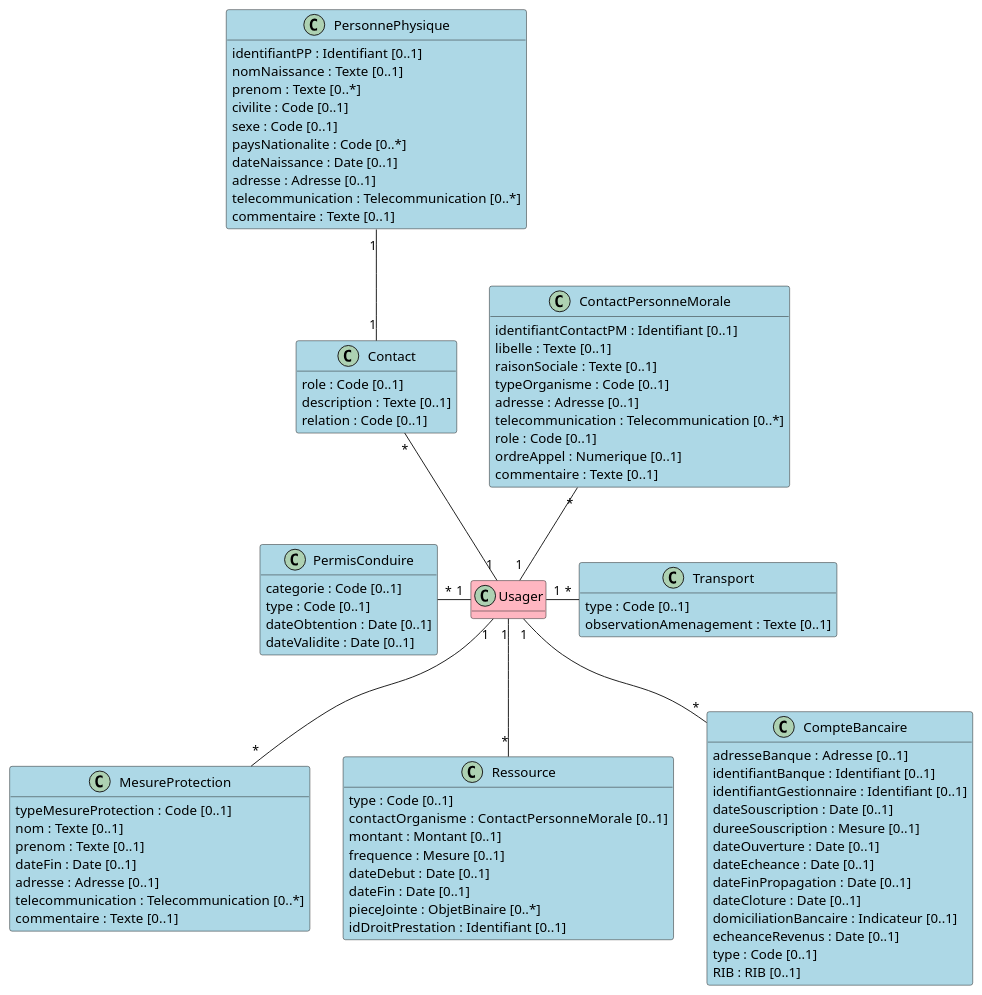
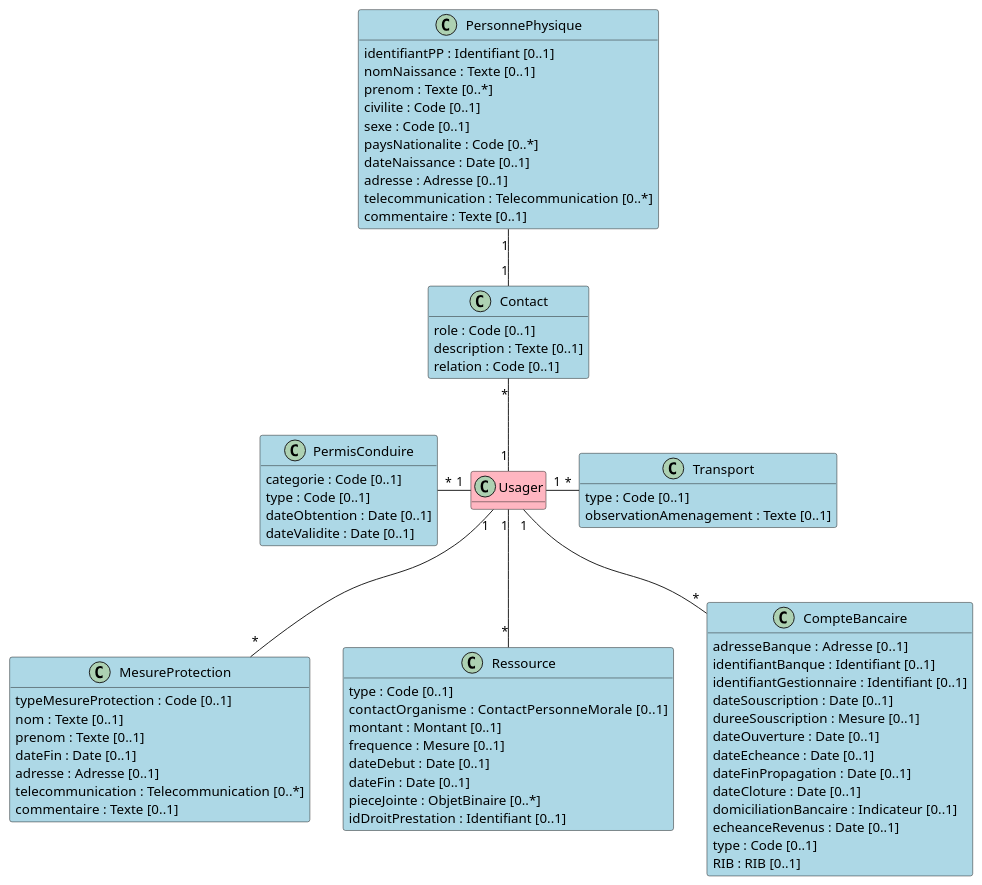
The diagram in input/images-source/bloc_environnement_ressources.plantuml (ansforge/IG-fhir-medicosocial-transfert-donnees-dui), drawn with PlantUML before and after one commit. The commit also changed 1 other file, not shown here.

Commit message:
sfe contact PM

```diff
--- a/input/images-source/bloc_environnement_ressources.plantuml
+++ b/input/images-source/bloc_environnement_ressources.plantuml
@@ -1,98 +1,85 @@
 @startuml
 
 hide empty methods
 
 class Usager #LightPink
 
 class Contact #LightBlue {
     role : Code [0..1]
     description : Texte [0..1]
     relation : Code [0..1]
     }
 
 
 class PersonnePhysique #LightBlue {
     identifiantPP : Identifiant [0..1]
     nomNaissance : Texte [0..1]
     prenom : Texte [0..*]
     civilite : Code [0..1]
     sexe : Code [0..1]
     paysNationalite : Code [0..*]
     dateNaissance : Date [0..1]
     adresse : Adresse [0..1]
     telecommunication : Telecommunication [0..*]
-    commentaire : Texte [0..1]
-}
-
-class ContactPersonneMorale #LightBlue {
-    identifiantContactPM : Identifiant [0..1]
-    libelle : Texte [0..1]
-    raisonSociale : Texte [0..1]
-    typeOrganisme : Code [0..1]
-    adresse : Adresse [0..1]
-    telecommunication : Telecommunication [0..*]
-    role : Code [0..1]
-    ordreAppel : Numerique [0..1]
     commentaire : Texte [0..1]
 }
 
 class MesureProtection #LightBlue {
     typeMesureProtection : Code [0..1]
     nom : Texte [0..1]
     prenom : Texte [0..1]
     dateFin : Date [0..1]
     adresse : Adresse [0..1]
     telecommunication : Telecommunication [0..*]
     commentaire : Texte [0..1]
 }
 
 class Transport #LightBlue {
     type : Code [0..1]
     observationAmenagement : Texte [0..1]
 }
 
 class PermisConduire #LightBlue {
     categorie : Code [0..1]
     type : Code [0..1]
     dateObtention : Date [0..1]
     dateValidite : Date [0..1]
 }
 
 class Ressource #LightBlue {
     type : Code [0..1]
     contactOrganisme :  ContactPersonneMorale  [0..1]
     montant : Montant [0..1]
     frequence : Mesure [0..1]
     dateDebut : Date [0..1]
     dateFin : Date [0..1]
     pieceJointe : ObjetBinaire [0..*]
     idDroitPrestation : Identifiant [0..1]
 }
 
 class CompteBancaire #LightBlue {
     adresseBanque :  Adresse [0..1]
     identifiantBanque : Identifiant [0..1]
     identifiantGestionnaire : Identifiant [0..1]
     dateSouscription : Date [0..1]
     dureeSouscription : Mesure [0..1]
     dateOuverture : Date [0..1]
     dateEcheance : Date [0..1]
     dateFinPropagation : Date [0..1]
     dateCloture : Date [0..1]
     domiciliationBancaire : Indicateur [0..1]
     echeanceRevenus : Date [0..1]
     type : Code [0..1]
     RIB : RIB [0..1]
 }
 
 Contact "*" -- "1" Usager
 PersonnePhysique "1" -- "1" Contact
 
-ContactPersonneMorale "*" -- "1" Usager 
 PermisConduire "*" - "1" Usager 
 Usager"1" - "*" Transport 
 Usager "1" -- "*" MesureProtection
 Usager "1" -- "*" CompteBancaire
 Usager "1" -- "*" Ressource
 
 @enduml
```
